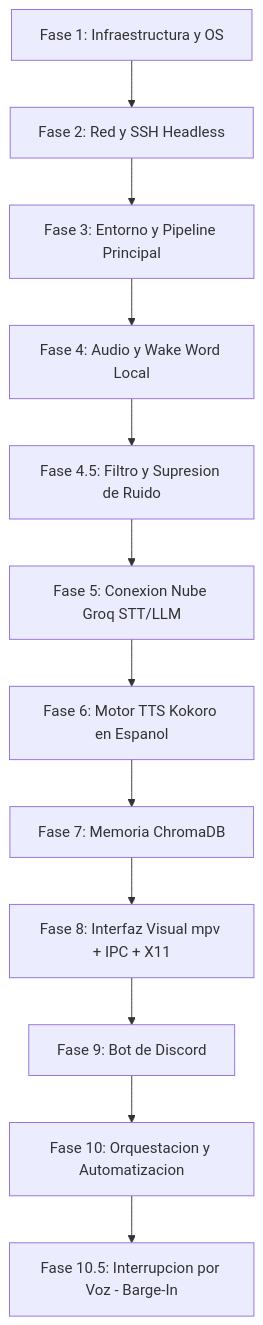
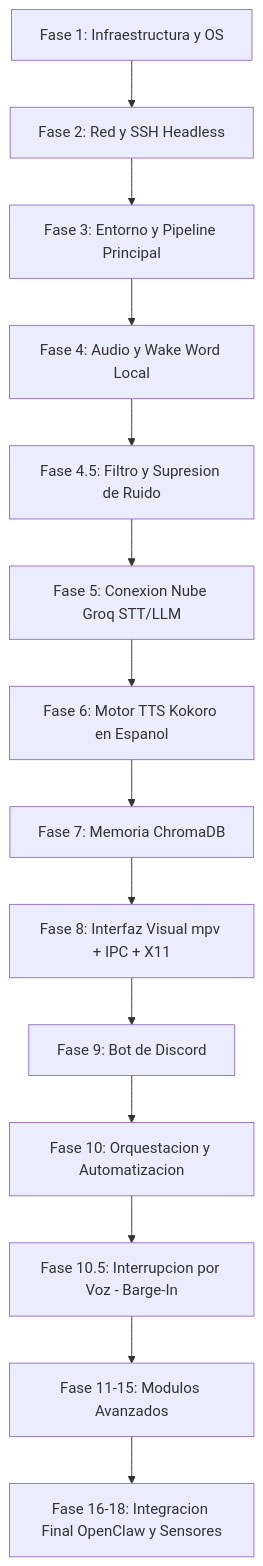
Before and after one commit to Miuted-wakeup/personal-assistant-abril: the diagram in PLAN.md, drawn with Mermaid. The commit also changed other lines of this file and 2 other files, not shown here.

````diff
--- a/PLAN.md
+++ b/PLAN.md
@@ -5,14 +5,16 @@
 ```mermaid
 graph TD
     F1[Fase 1: Infraestructura y OS] --> F2[Fase 2: Red y SSH Headless]
     F2 --> F3[Fase 3: Entorno y Pipeline Principal]
     F3 --> F4[Fase 4: Audio y Wake Word Local]
     F4 --> F4_5[Fase 4.5: Filtro y Supresion de Ruido]
     F4_5 --> F5[Fase 5: Conexion Nube Groq STT/LLM]
     F5 --> F6[Fase 6: Motor TTS Kokoro en Espanol]
     F6 --> F7[Fase 7: Memoria ChromaDB]
     F7 --> F8[Fase 8: Interfaz Visual mpv + IPC + X11]
     F8 --> F9[Fase 9: Bot de Discord]
     F9 --> F10[Fase 10: Orquestacion y Automatizacion]
     F10 --> F10_5[Fase 10.5: Interrupcion por Voz - Barge-In]
+    F10_5 --> F11[Fase 11-15: Modulos Avanzados]
+    F11 --> F16[Fase 16-18: Integracion Final OpenClaw y Sensores]
 ```
````
